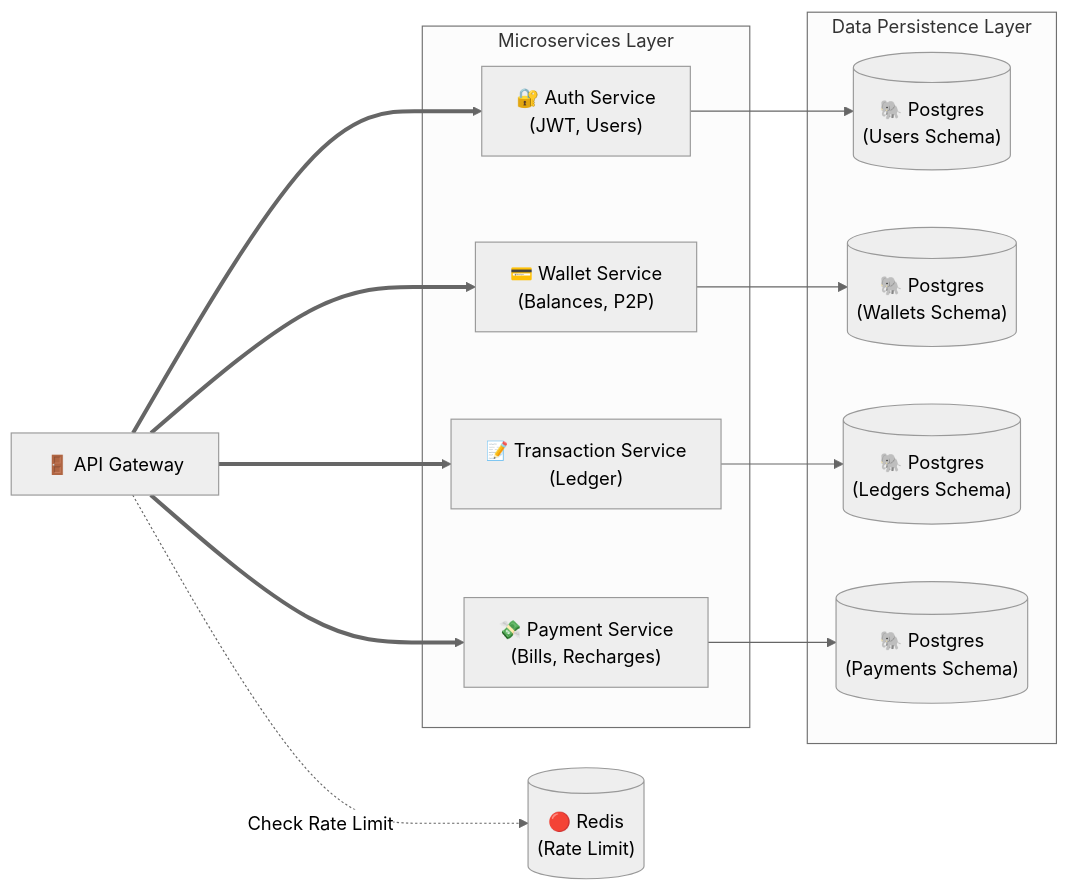
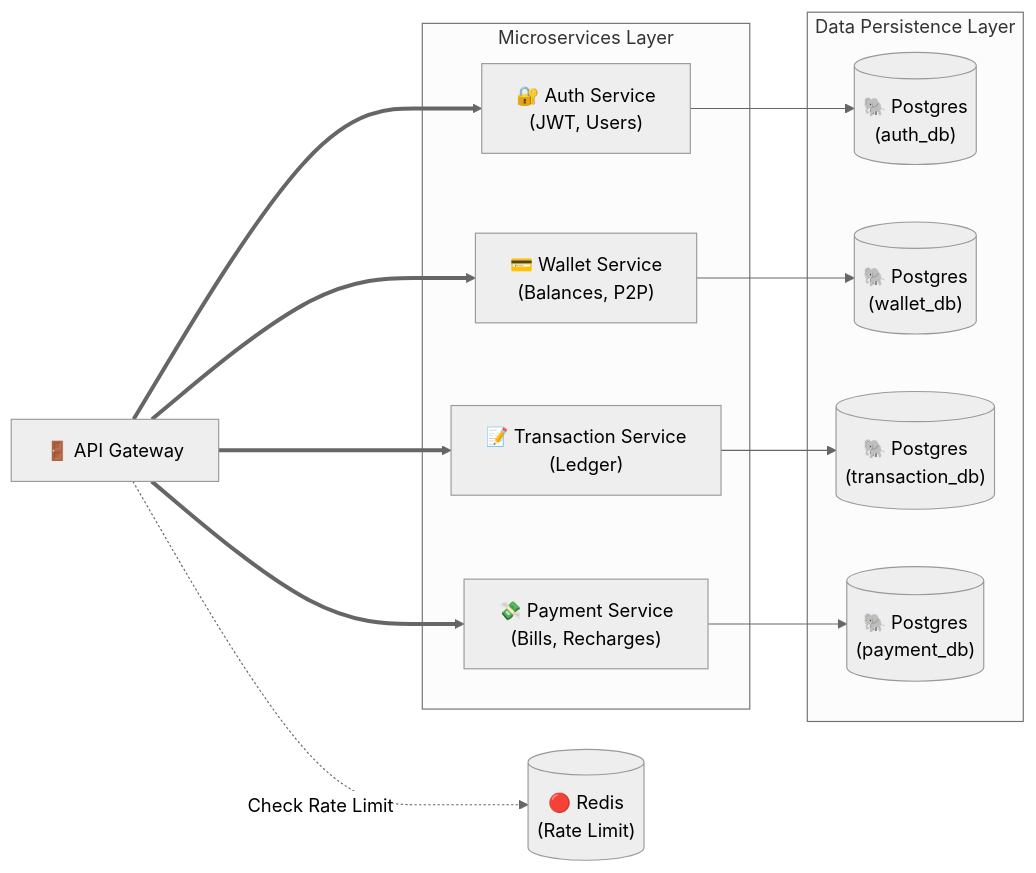
Before and after one commit to MonishReddyDev/vaultpay-microservices: the second of 3 diagrams in README.md, drawn with Mermaid (neutral theme). The commit also changed other lines of this file, not shown here.

Commit message:
docs: update main README architecture diagram for true db isolation

````diff
--- a/README.md
+++ b/README.md
@@ -82,31 +82,31 @@
 ```mermaid
 flowchart LR
     Gateway["🚪 API Gateway"]
     Redis[("🔴 Redis<br/>(Rate Limit)")]
     
     Gateway -.->|"Check Rate Limit"| Redis
     
     subgraph Microservices ["Microservices Layer"]
         Auth["🔐 Auth Service<br/>(JWT, Users)"]
         Wallet["💳 Wallet Service<br/>(Balances, P2P)"]
         Tx["📝 Transaction Service<br/>(Ledger)"]
         Pay["💸 Payment Service<br/>(Bills, Recharges)"]
     end
     
     Gateway ==> Auth
     Gateway ==> Wallet
     Gateway ==> Tx
     Gateway ==> Pay
     
     subgraph Databases ["Data Persistence Layer"]
-        DB_Auth[("🐘 Postgres<br/>(Users Schema)")]
-        DB_Wallet[("🐘 Postgres<br/>(Wallets Schema)")]
-        DB_Tx[("🐘 Postgres<br/>(Ledgers Schema)")]
-        DB_Pay[("🐘 Postgres<br/>(Payments Schema)")]
+        DB_Auth[("🐘 Postgres<br/>(auth_db)")]
+        DB_Wallet[("🐘 Postgres<br/>(wallet_db)")]
+        DB_Tx[("🐘 Postgres<br/>(transaction_db)")]
+        DB_Pay[("🐘 Postgres<br/>(payment_db)")]
     end
     
     Auth --> DB_Auth
     Wallet --> DB_Wallet
     Tx --> DB_Tx
     Pay --> DB_Pay
 ```
````
